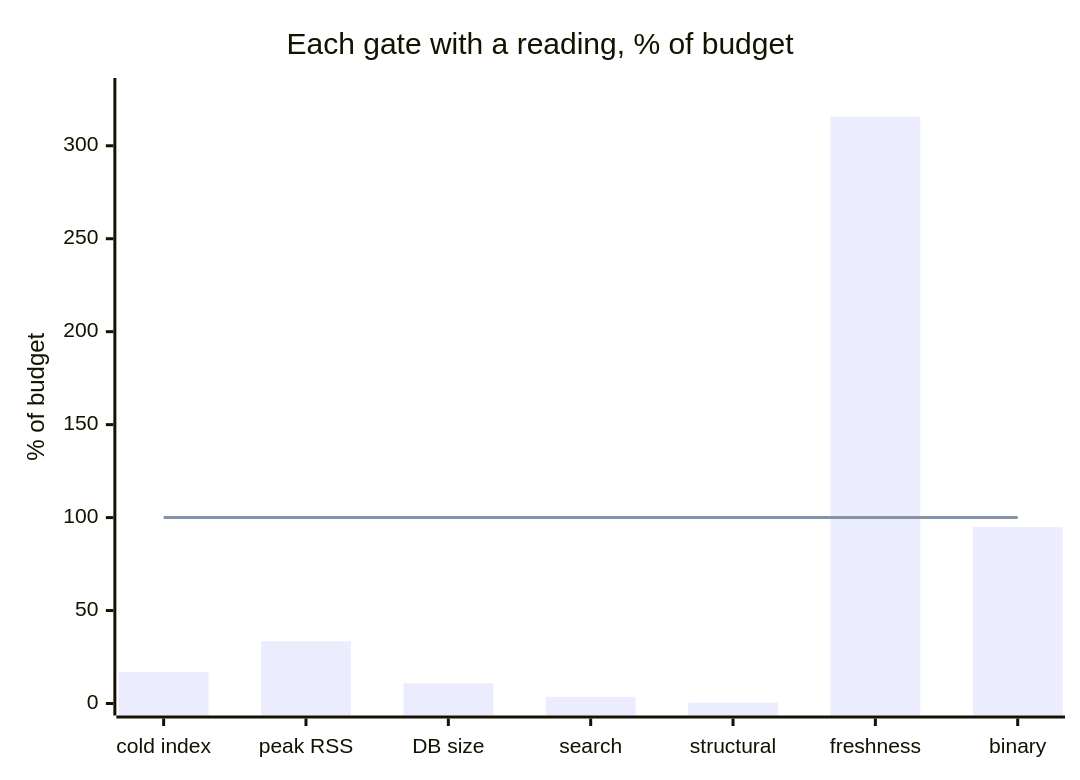
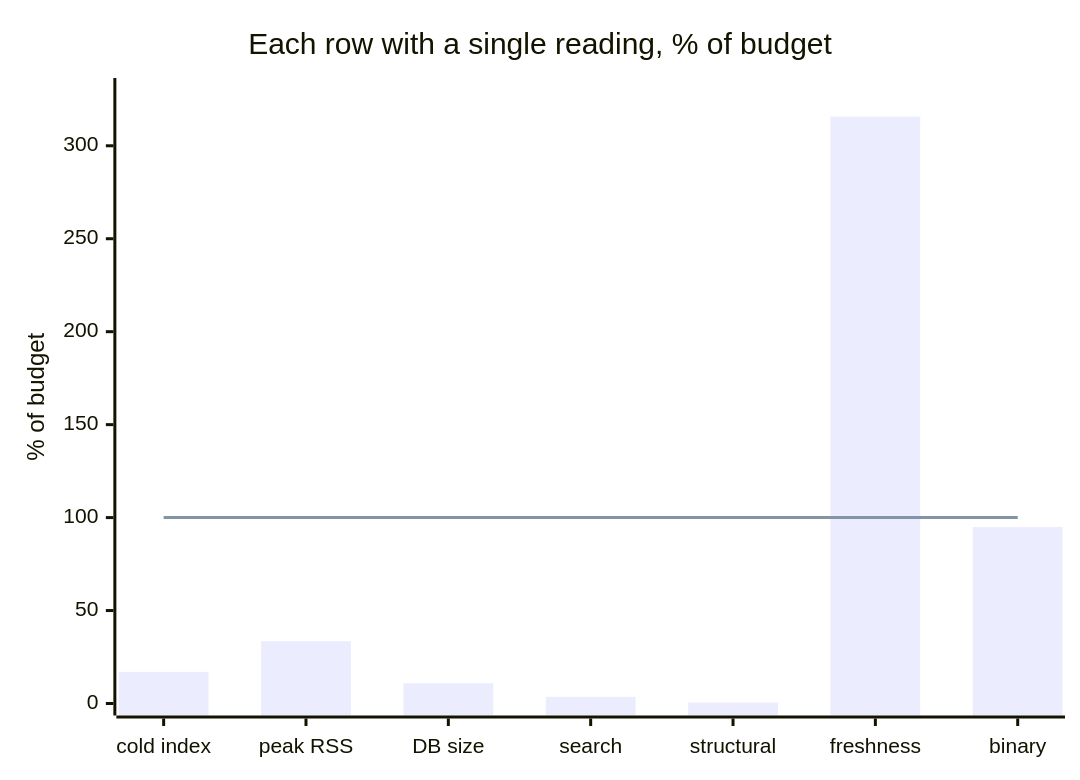
One commit to samibel/graphi changed the second of 4 diagrams in readme.md. Above: the diagram before and after it, drawn with Mermaid. The commit also changed other lines of this file, not shown here.

First line of the commit message:
SW-213 rebuild round 2: return the budget column to the decimal units the contract declares, and disclose the base mismatch instead of publishing it as the spec

````diff
--- a/readme.md
+++ b/readme.md
@@ -108,8 +113,8 @@
 ```mermaid
 xychart-beta
-  title "Each gate with a reading, % of budget"
+  title "Each row with a single reading, % of budget"
   x-axis ["cold index", "peak RSS", "DB size", "search", "structural", "freshness", "binary"]
   y-axis "% of budget" 0 --> 330
   bar [17.0, 33.5, 10.9, 3.6, 0.5, 315.7, 94.9]
   line [100, 100, 100, 100, 100, 100, 100]
 ```
````
